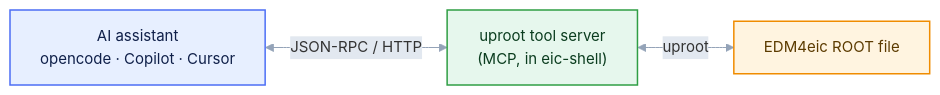
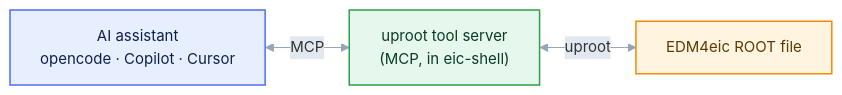
Before and after one commit to aprozo/tutorial-mcp: the first of 2 diagrams in 03-mcp-servers.md, drawn with Mermaid. The commit also changed other lines of this file and 15 other files, not shown here.

````diff
--- a/03-mcp-servers.md
+++ b/03-mcp-servers.md
@@ -78,11 +74,11 @@
 ```mermaid
 %%{init: {'theme':'base', 'themeVariables': {'fontSize':'15px','lineColor':'#94a3b8','edgeLabelBackground':'#e2e8f0','clusterBkg':'#1f293720','clusterBorder':'#94a3b8','titleColor':'#94a3b8'}}}%%
 flowchart LR
     accTitle: {EIC MCP data tools}
     accDescr: {EIC MCP data tools}
-    A["AI assistant<br/>opencode · Copilot · Cursor"]:::core <-->|"JSON-RPC / HTTP"| S["uproot tool server<br/>(MCP, in eic-shell)"]:::tool
+    A["AI assistant<br/>opencode · Copilot · Cursor"]:::core <-->|"MCP"| S["uproot tool server<br/>(MCP, in eic-shell)"]:::tool
     S <-->|"uproot"| F["EDM4eic ROOT file"]:::data
     classDef core fill:#e7efff,stroke:#4c6ef5,stroke-width:1.5px,color:#10204a;
     classDef tool fill:#e6f7ed,stroke:#2f9e44,stroke-width:1.5px,color:#0b3d1f;
     classDef data fill:#fff4e0,stroke:#f08c00,stroke-width:1.5px,color:#5c3b00;
 ```
````
